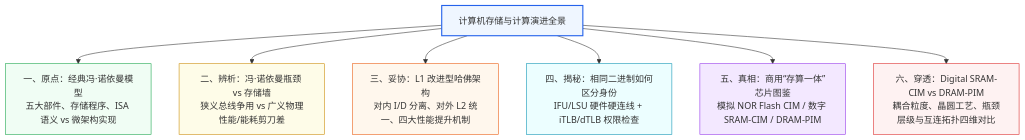
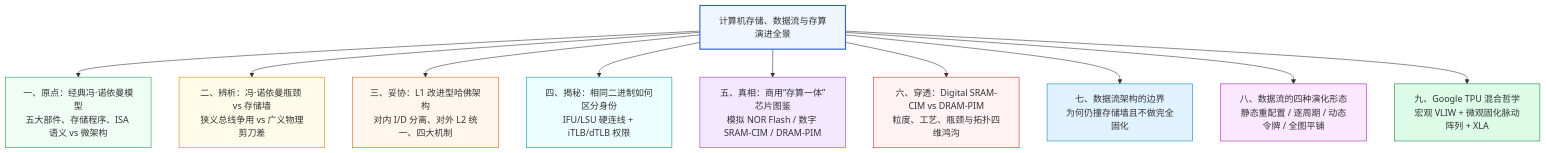
Before and after one commit to hqu-little-boy/blog: the first of 12 diagrams in src/content/posts/von-neumann-bottleneck-memory-wall-harvard-cache-and-cim-pim-guide.md, drawn with Mermaid. The commit also changed other lines of this file, not shown here.

Commit message:
docs: expand tutorial with dataflow architecture limits, 4 dataflow variants, and Google TPU hybrid design

````diff
--- a/src/content/posts/von-neumann-bottleneck-memory-wall-harvard-cache-and-cim-pim-guide.md
+++ b/src/content/posts/von-neumann-bottleneck-memory-wall-harvard-cache-and-cim-pim-guide.md
@@ -58,17 +56,23 @@
 ```mermaid
 flowchart TD
-    Root["计算机存储与计算演进全景"] --> S1["一、原点：经典冯·诺依曼模型<br/>五大部件、存储程序、ISA 语义 vs 微架构实现"]
-    Root --> S2["二、辨析：冯·诺依曼瓶颈 vs 存储墙<br/>狭义总线争用 vs 广义物理性能/能耗剪刀差"]
-    Root --> S3["三、妥协：L1 改进型哈佛架构<br/>对内 I/D 分离、对外 L2 统一、四大性能提升机制"]
-    Root --> S4["四、揭秘：相同二进制如何区分身份<br/>IFU/LSU 硬件硬连线 + iTLB/dTLB 权限检查"]
-    Root --> S5["五、真相：商用“存算一体”芯片图鉴<br/>模拟 NOR Flash CIM / 数字 SRAM-CIM / DRAM-PIM"]
-    Root --> S6["六、穿透：Digital SRAM-CIM vs DRAM-PIM<br/>耦合粒度、晶圆工艺、瓶颈层级与互连拓扑四维对比"]
+    Root["计算机存储、数据流与存算演进全景"] --> S1["一、原点：经典冯·诺依曼模型<br/>五大部件、存储程序、ISA 语义 vs 微架构"]
+    Root --> S2["二、辨析：冯·诺依曼瓶颈 vs 存储墙<br/>狭义总线争用 vs 广义物理剪刀差"]
+    Root --> S3["三、妥协：L1 改进型哈佛架构<br/>对内 I/D 分离、对外 L2 统一、四大机制"]
+    Root --> S4["四、揭秘：相同二进制如何区分身份<br/>IFU/LSU 硬连线 + iTLB/dTLB 权限"]
+    Root --> S5["五、真相：商用“存算一体”芯片图鉴<br/>模拟 NOR Flash / 数字 SRAM-CIM / DRAM-PIM"]
+    Root --> S6["六、穿透：Digital SRAM-CIM vs DRAM-PIM<br/>粒度、工艺、瓶颈与拓扑四维鸿沟"]
+    Root --> S7["七、数据流架构的边界<br/>为何仍撞存储墙且不做完全固化"]
+    Root --> S8["八、数据流的四种演化形态<br/>静态重配置 / 逐周期 / 动态令牌 / 全图平铺"]
+    Root --> S9["九、Google TPU 混合哲学<br/>宏观 VLIW + 微观固化脉动阵列 + XLA"]
 
     style Root fill:#eff6ff,stroke:#2563eb,stroke-width:2px
     style S1 fill:#f0fdf4,stroke:#16a34a
     style S2 fill:#fefce8,stroke:#ca8a04
     style S3 fill:#fff7ed,stroke:#ea580c
     style S4 fill:#ecfeff,stroke:#0891b2
     style S5 fill:#f3e8ff,stroke:#9333ea
     style S6 fill:#fef2f2,stroke:#dc2626
+    style S7 fill:#e0f2fe,stroke:#0284c7
+    style S8 fill:#fae8ff,stroke:#a21caf
+    style S9 fill:#dcfce7,stroke:#15803d
 ```
````
